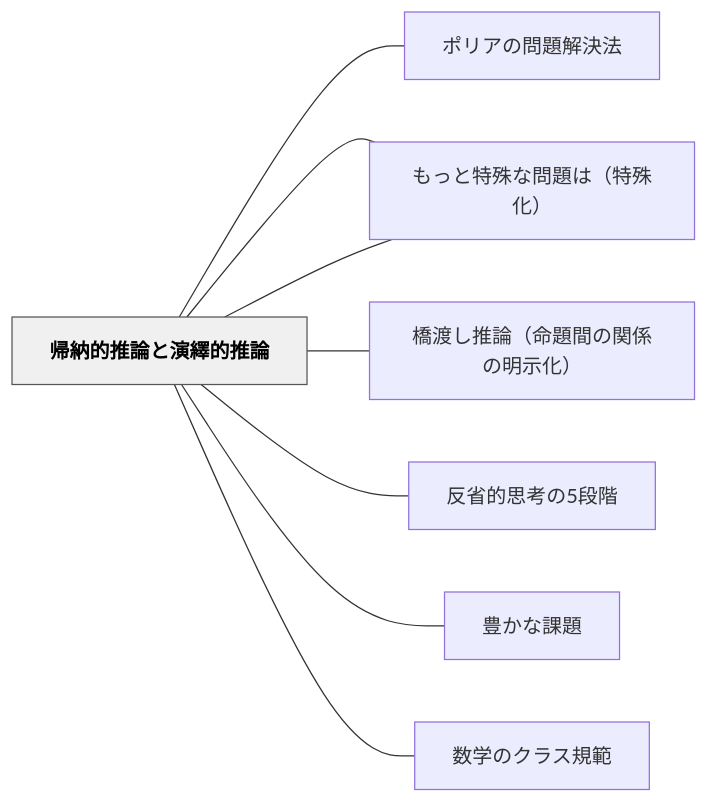
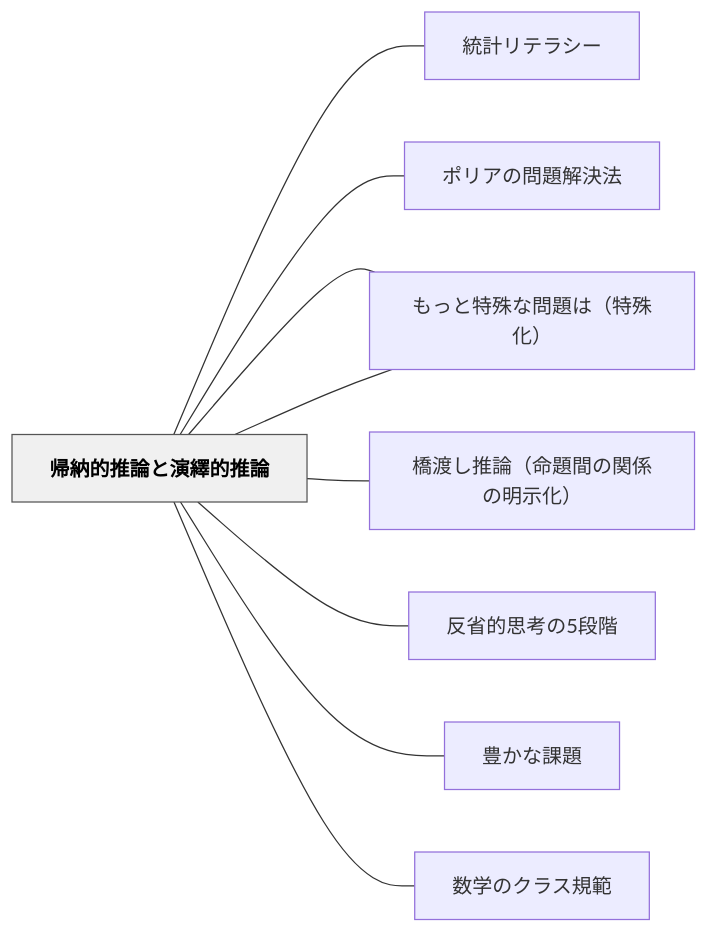
One commit to unknownthings-ed-patterns/unknownthings-ed-patterns changed the diagram in content/パタン/帰納的推論と演繹的推論.md. Above: the diagram before and after it, drawn with Mermaid. The commit also changed other lines of this file and 473 other files, not shown here.

````diff
--- a/content/パタン/帰納的推論と演繹的推論.md
+++ b/content/パタン/帰納的推論と演繹的推論.md
@@ -117,22 +118,24 @@
 ```mermaid
 flowchart LR
     ne5b8b0e7b48d["帰納的推論と演繹的推論"]
+    ne7b5b1e8a888["統計リテラシー"]
     ne3839de383aa["ポリアの問題解決法"]
     ne38282e381a3["もっと一般的な問題は（一般化）"]
     ne38282e381a3["もっと特殊な問題は（特殊化）"]
     ne6a98be6b8a1["橋渡し推論（命題間の関係の明示化）"]
     ne58f8de79c81["反省的思考の5段階"]
     ne8b18ae3818b["豊かな課題"]
     ne695b0e5ada6["数学のクラス規範"]
 
+    ne5b8b0e7b48d --- ne7b5b1e8a888
     ne5b8b0e7b48d --- ne3839de383aa
     ne5b8b0e7b48d --- ne38282e381a3
     ne5b8b0e7b48d --- ne38282e381a3
     ne5b8b0e7b48d --- ne6a98be6b8a1
     ne5b8b0e7b48d --- ne58f8de79c81
     ne5b8b0e7b48d --- ne8b18ae3818b
     ne5b8b0e7b48d --- ne695b0e5ada6
 
     classDef hub fill:#f0f0f0,stroke:#555,color:#000,font-weight:bold
     class ne5b8b0e7b48d hub
 ```
````
